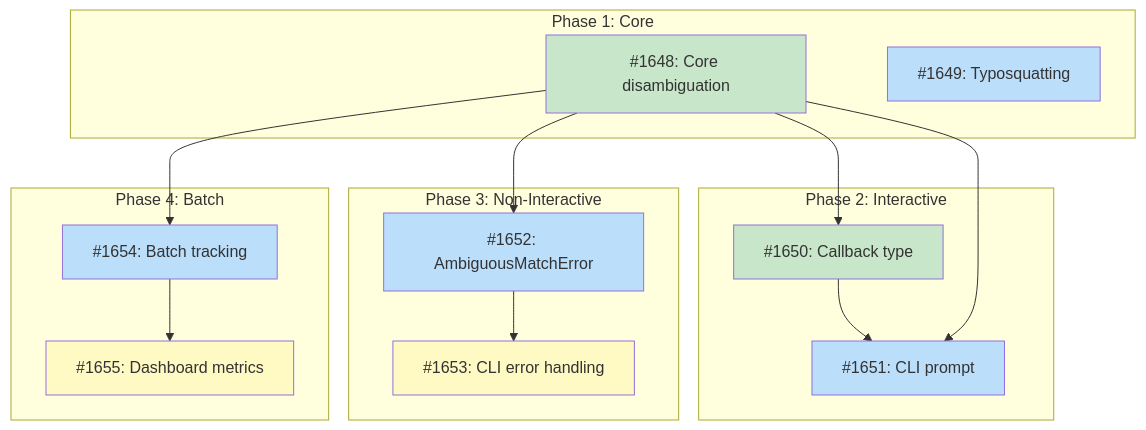
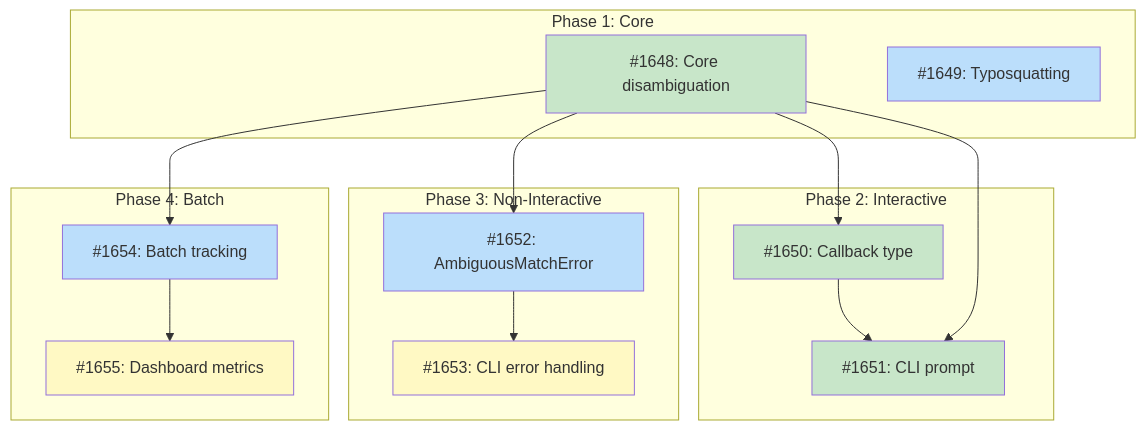
One commit to tsukumogami/tsuku changed the diagram in docs/designs/DESIGN-disambiguation.md. Above: the diagram before and after it, drawn with Mermaid. The commit also changed other lines of this file and 3 other files, not shown here.

````diff
--- a/docs/designs/DESIGN-disambiguation.md
+++ b/docs/designs/DESIGN-disambiguation.md
@@ -54,39 +54,39 @@
 ```mermaid
 graph TD
     subgraph Phase1["Phase 1: Core"]
         I1648["#1648: Core disambiguation"]
         I1649["#1649: Typosquatting"]
     end
 
     subgraph Phase2["Phase 2: Interactive"]
         I1650["#1650: Callback type"]
         I1651["#1651: CLI prompt"]
     end
 
     subgraph Phase3["Phase 3: Non-Interactive"]
         I1652["#1652: AmbiguousMatchError"]
         I1653["#1653: CLI error handling"]
     end
 
     subgraph Phase4["Phase 4: Batch"]
         I1654["#1654: Batch tracking"]
         I1655["#1655: Dashboard metrics"]
     end
 
     I1648 --> I1650
     I1650 --> I1651
     I1648 --> I1651
     I1648 --> I1652
     I1652 --> I1653
     I1648 --> I1654
     I1654 --> I1655
 
     classDef done fill:#c8e6c9
     classDef ready fill:#bbdefb
     classDef blocked fill:#fff9c4
     classDef needsDesign fill:#e1bee7
 
-    class I1648,I1650 done
-    class I1649,I1651,I1652,I1654 ready
+    class I1648,I1650,I1651 done
+    class I1649,I1652,I1654 ready
     class I1653,I1655 blocked
 ```
````
